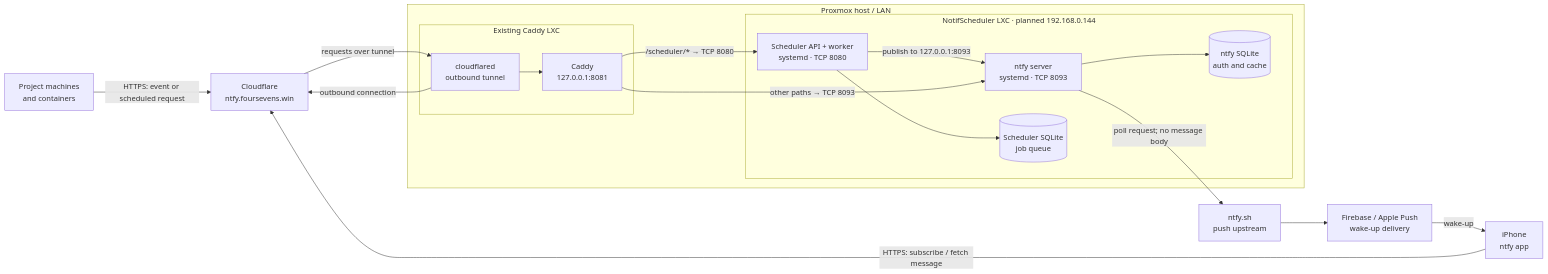
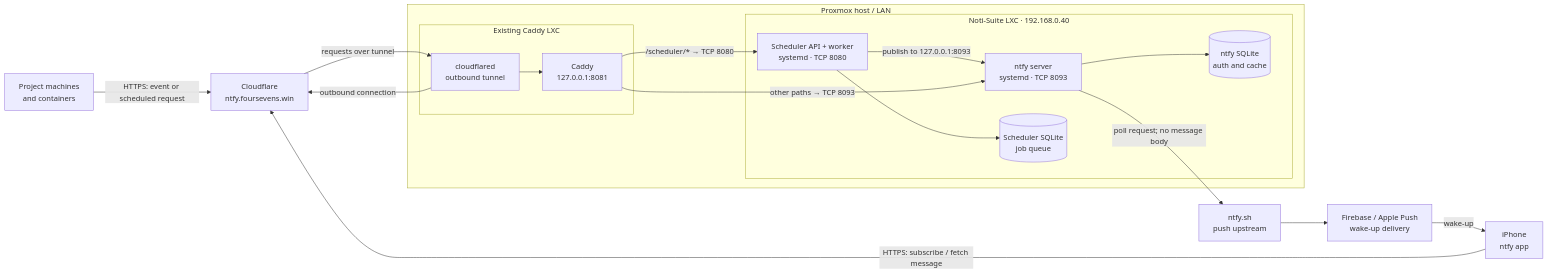
Before and after one commit to FourtySevens/Noti-Suite: the diagram in NETWORK.md, drawn with Mermaid. The commit also changed 13 other files, not shown here.

Commit message:
Scheduler dashboard and lxc updater script

````diff
--- a/NETWORK.md
+++ b/NETWORK.md
@@ -3,35 +3,35 @@
 ```mermaid
 flowchart LR
     Projects[Project machines<br/>and containers]
     Phone[iPhone<br/>ntfy app]
     Edge[Cloudflare<br/>ntfy.foursevens.win]
     Push[ntfy.sh<br/>push upstream]
     APNS[Firebase / Apple Push<br/>wake-up delivery]
 
     subgraph Proxmox[Proxmox host / LAN]
         subgraph ProxyLXC[Existing Caddy LXC]
             Tunnel[cloudflared<br/>outbound tunnel]
             Caddy[Caddy<br/>127.0.0.1:8081]
             Tunnel --> Caddy
         end
-        subgraph AppLXC[NotifScheduler LXC · planned 192.168.0.144]
+        subgraph AppLXC[Noti-Suite LXC · 192.168.0.40]
             API[Scheduler API + worker<br/>systemd · TCP 8080]
             Ntfy[ntfy server<br/>systemd · TCP 8093]
             Jobs[(Scheduler SQLite<br/>job queue)]
             NData[(ntfy SQLite<br/>auth and cache)]
             API -->|publish to 127.0.0.1:8093| Ntfy
             API --> Jobs
             Ntfy --> NData
         end
     end
 
     Projects -->|HTTPS: event or scheduled request| Edge
     Phone -->|HTTPS: subscribe / fetch message| Edge
     Tunnel -->|outbound connection| Edge
     Edge -->|requests over tunnel| Tunnel
     Caddy -->|/scheduler/* → TCP 8080| API
     Caddy -->|other paths → TCP 8093| Ntfy
     Ntfy -->|poll request; no message body| Push
     Push --> APNS
     APNS -->|wake-up| Phone
 ```
````
